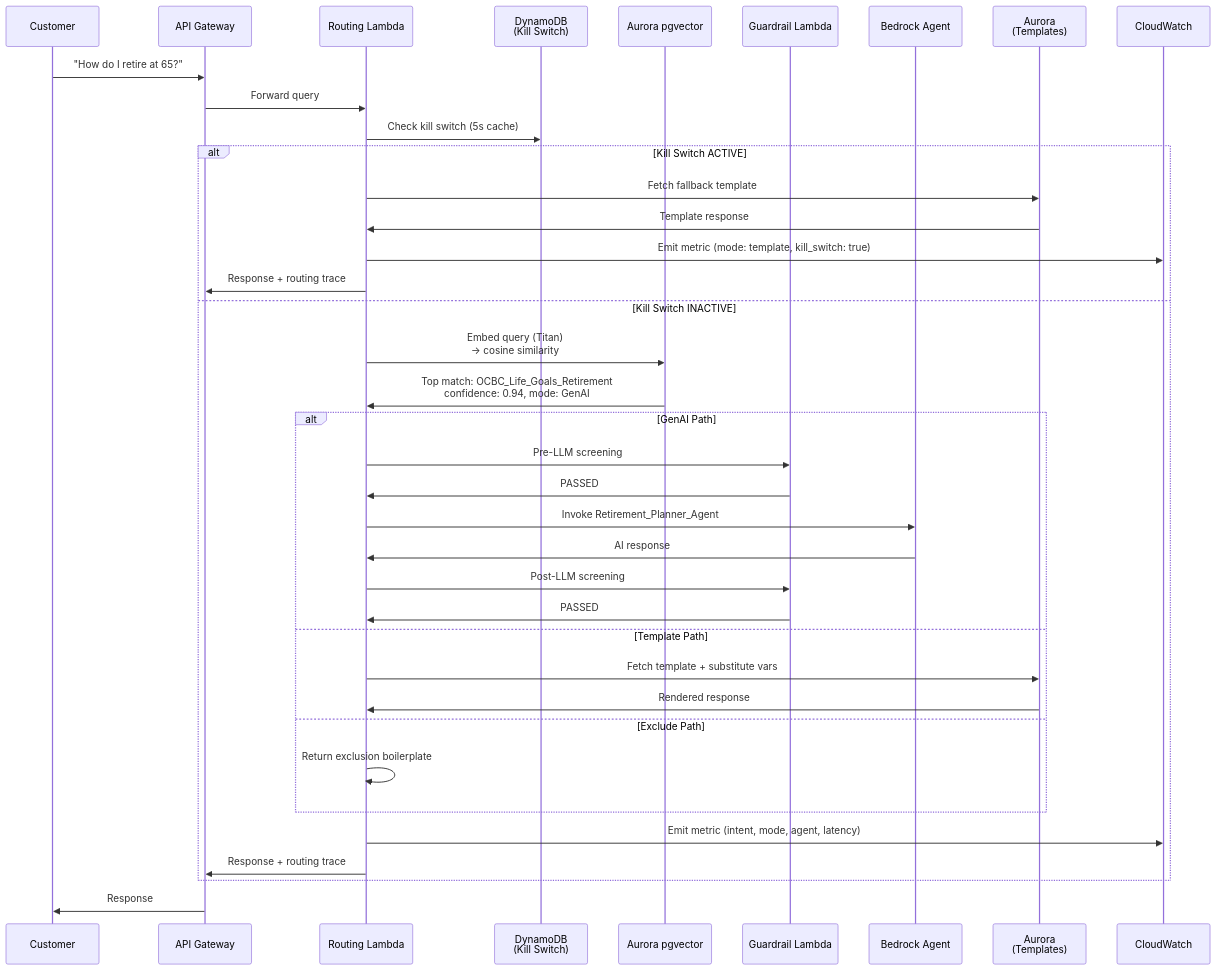
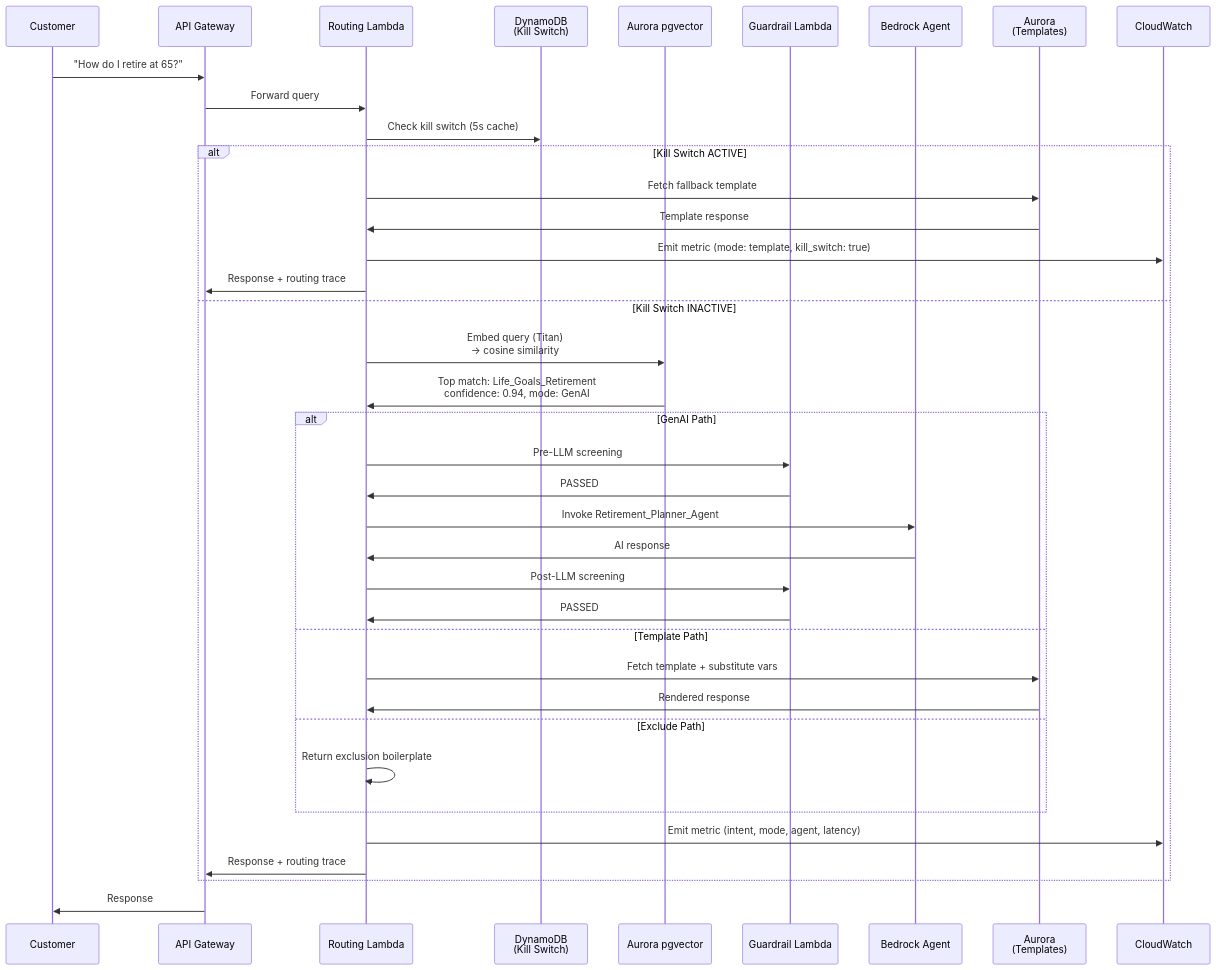
The eighth of 13 diagrams in docs/REVISED_STRATEGY.md (xiaodoushabing/chatbot-chat), drawn with Mermaid before and after one commit. The commit also changed other lines of this file and 2 other files, not shown here.

````diff
--- a/docs/REVISED_STRATEGY.md
+++ b/docs/REVISED_STRATEGY.md
@@ -414,46 +414,46 @@
 ```mermaid
 sequenceDiagram
     participant Customer
     participant GW as API Gateway
     participant Route as Routing Lambda
     participant KS as DynamoDB<br/>(Kill Switch)
     participant PGV as Aurora pgvector
     participant Guard as Guardrail Lambda
     participant Agent as Bedrock Agent
     participant Tmpl as Aurora<br/>(Templates)
     participant CW as CloudWatch
 
     Customer->>GW: "How do I retire at 65?"
     GW->>Route: Forward query
 
     Route->>KS: Check kill switch (5s cache)
 
     alt Kill Switch ACTIVE
         Route->>Tmpl: Fetch fallback template
         Tmpl->>Route: Template response
         Route->>CW: Emit metric (mode: template, kill_switch: true)
         Route->>GW: Response + routing trace
     else Kill Switch INACTIVE
         Route->>PGV: Embed query (Titan)<br/>→ cosine similarity
-        PGV->>Route: Top match: OCBC_Life_Goals_Retirement<br/>confidence: 0.94, mode: GenAI
+        PGV->>Route: Top match: Life_Goals_Retirement<br/>confidence: 0.94, mode: GenAI
 
         alt GenAI Path
             Route->>Guard: Pre-LLM screening
             Guard->>Route: PASSED
             Route->>Agent: Invoke Retirement_Planner_Agent
             Agent->>Route: AI response
             Route->>Guard: Post-LLM screening
             Guard->>Route: PASSED
         else Template Path
             Route->>Tmpl: Fetch template + substitute vars
             Tmpl->>Route: Rendered response
         else Exclude Path
             Route->>Route: Return exclusion boilerplate
         end
 
         Route->>CW: Emit metric (intent, mode, agent, latency)
         Route->>GW: Response + routing trace
     end
 
     GW->>Customer: Response
 ```
````
